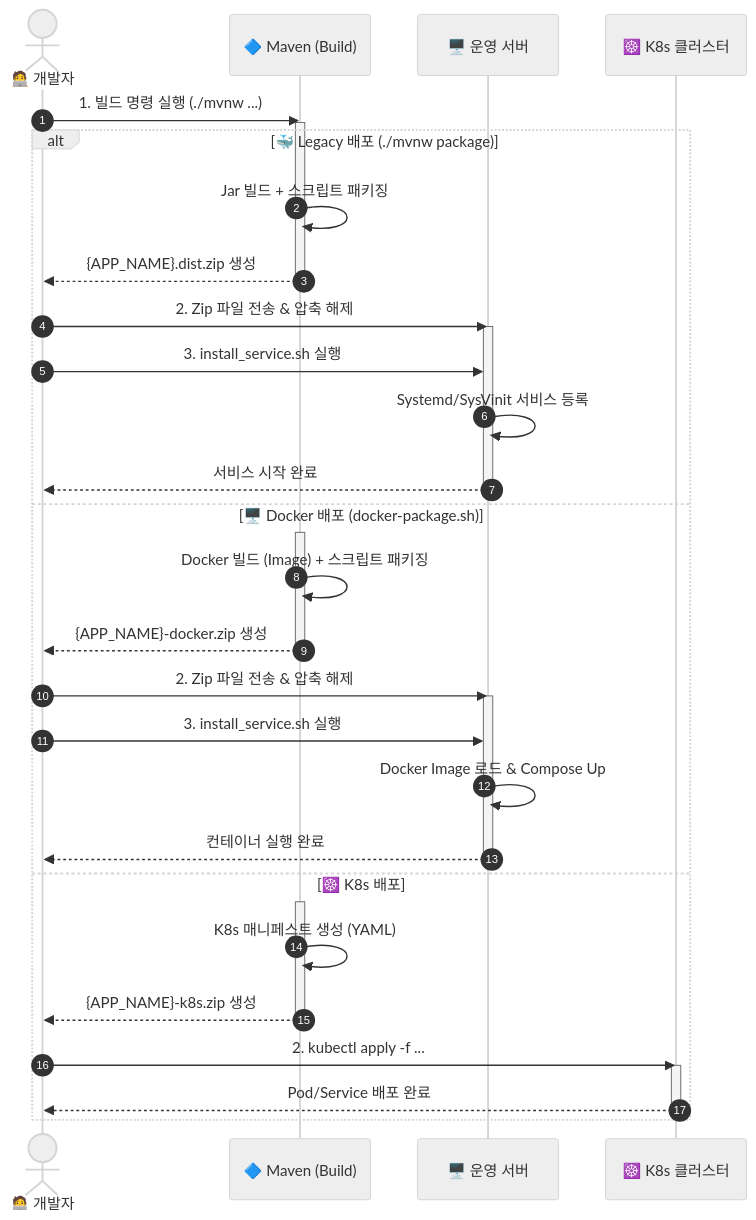
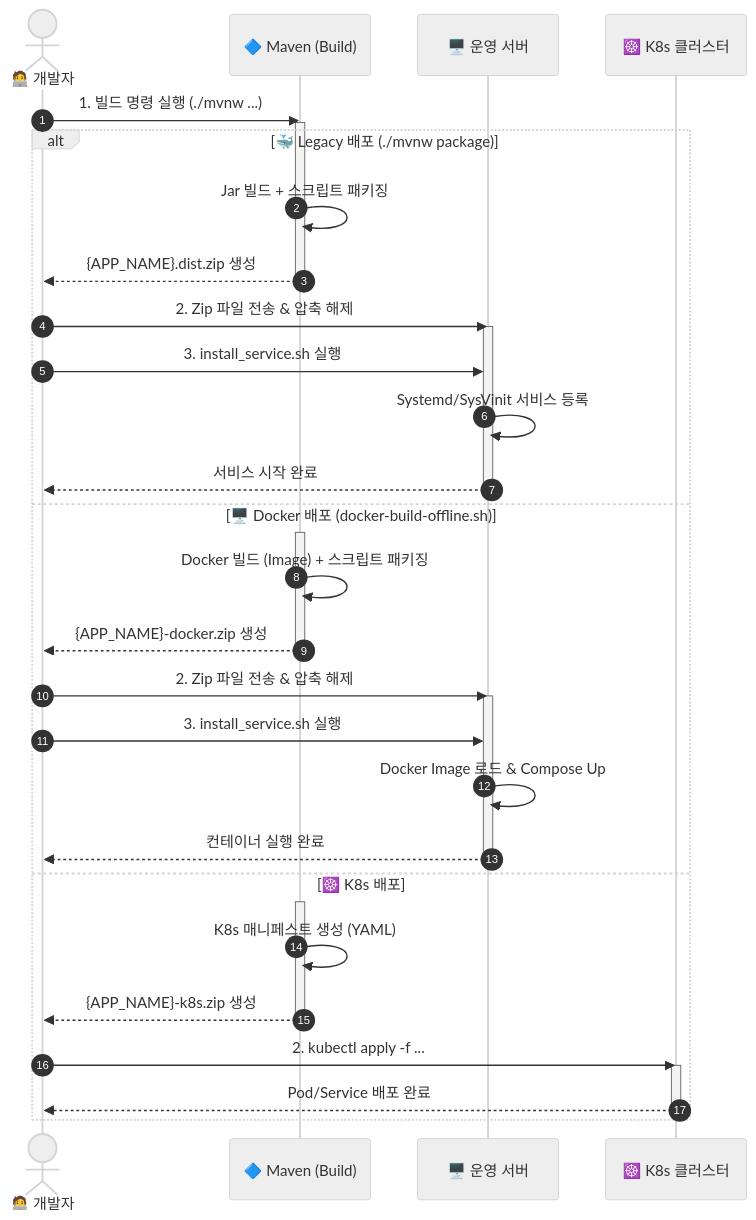
One commit to MJ-Youn/build-template changed the second of 2 diagrams in README.md. Above: the diagram before and after it, drawn with Mermaid (neutral theme). The commit also changed other lines of this file and 6 other files, not shown here.

````diff
--- a/README.md
+++ b/README.md
@@ -469,45 +482,45 @@
 ```mermaid
 sequenceDiagram
     autonumber
     actor Dev as 🧑‍💻 개발자
     participant Maven as 🔷 Maven (Build)
     participant Server as 🖥️ 운영 서버
     participant K8s as ☸️ K8s 클러스터
 
     Dev->>Maven: 1. 빌드 명령 실행 (./mvnw ...)
     activate Maven
 
     alt 🐳 Legacy 배포 (./mvnw package)
         Maven->>Maven: Jar 빌드 + 스크립트 패키징
         Maven-->>Dev: {APP_NAME}.dist.zip 생성
         deactivate Maven
         Dev->>Server: 2. Zip 파일 전송 & 압축 해제
         activate Server
         Dev->>Server: 3. install_service.sh 실행
         Server->>Server: Systemd/SysVinit 서비스 등록
         Server-->>Dev: 서비스 시작 완료
         deactivate Server
 
-    else 🖥️ Docker 배포 (docker-package.sh)
+    else 🖥️ Docker 배포 (docker-build-offline.sh)
         activate Maven
         Maven->>Maven: Docker 빌드 (Image) + 스크립트 패키징
         Maven-->>Dev: {APP_NAME}-docker.zip 생성
         deactivate Maven
         Dev->>Server: 2. Zip 파일 전송 & 압축 해제
         activate Server
         Dev->>Server: 3. install_service.sh 실행
         Server->>Server: Docker Image 로드 & Compose Up
         Server-->>Dev: 컨테이너 실행 완료
         deactivate Server
 
     else ☸️ K8s 배포
         activate Maven
         Maven->>Maven: K8s 매니페스트 생성 (YAML)
         Maven-->>Dev: {APP_NAME}-k8s.zip 생성
         deactivate Maven
         Dev->>K8s: 2. kubectl apply -f ...
         activate K8s
         K8s-->>Dev: Pod/Service 배포 완료
         deactivate K8s
     end
 ```
````
